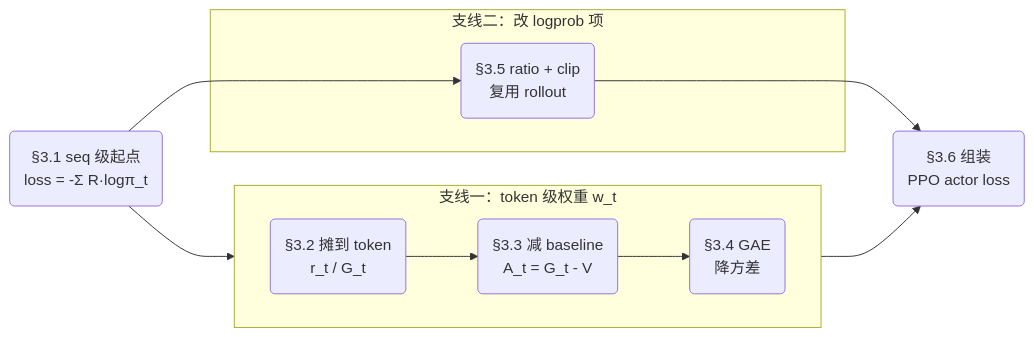
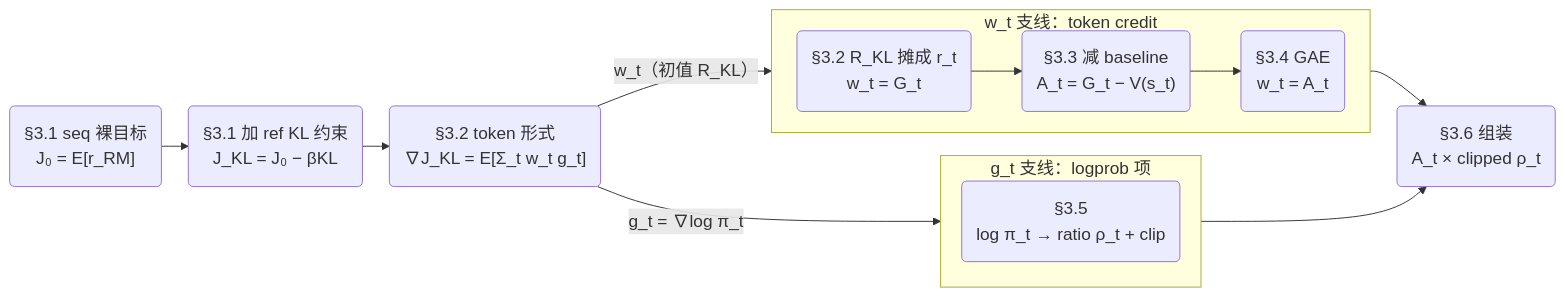
The third of 3 diagrams in notes/04_RL/04_01_RL训练基础.md (Zoey-Cheng/MLSys-Learning-Notes), drawn with Mermaid before and after one commit. The commit also changed other lines of this file and 19 other files, not shown here.

````diff
--- a/notes/04_RL/04_01_RL训练基础.md
+++ b/notes/04_RL/04_01_RL训练基础.md
@@ -180,15 +232,20 @@
 ```mermaid
+%%{init: {"themeVariables": {"fontSize": "18px"}, "flowchart": {"nodeSpacing": 24, "rankSpacing": 28}}}%%
 flowchart LR
-    S1("§3.1 seq 级起点<br/>loss = -Σ R·logπ_t")
-    subgraph WT["支线一：token 级权重 w_t"]
+    S0("§3.1 seq 裸目标<br/>J₀ = E[r_RM]") --> SKL("§3.1 加 ref KL 约束<br/>J_KL = J₀ − βKL")
+    SKL --> S2("§3.2 token 形式<br/>∇J_KL = E[Σ_t w_t g_t]")
+
+    subgraph WT["w_t 支线：token credit"]
         direction LR
-        S2("§3.2 摊到 token<br/>r_t / G_t") --> S3("§3.3 减 baseline<br/>A_t = G_t - V") --> S4("§3.4 GAE<br/>降方差")
+        W2("§3.2 R_KL 摊成 r_t<br/>w_t = G_t") --> W3("§3.3 减 baseline<br/>A_t = G_t − V(s_t)") --> W4("§3.4 GAE<br/>w_t = A_t")
     end
-    subgraph LP["支线二：改 logprob 项"]
-        S5("§3.5 ratio + clip<br/>复用 rollout")
+
+    subgraph GT["g_t 支线：logprob 项"]
+        G5("§3.5<br/>log π_t → ratio ρ_t + clip")
     end
-    S1 --> S2
-    S1 --> S5
-    S4 --> S6("§3.6 组装<br/>PPO actor loss")
-    S5 --> S6
+
+    S2 -->|"w_t（初值 R_KL）"| WT
+    S2 -->|"g_t = ∇log π_t"| GT
+    WT --> S6("§3.6 组装<br/>A_t × clipped ρ_t")
+    GT --> S6
 ```
````
